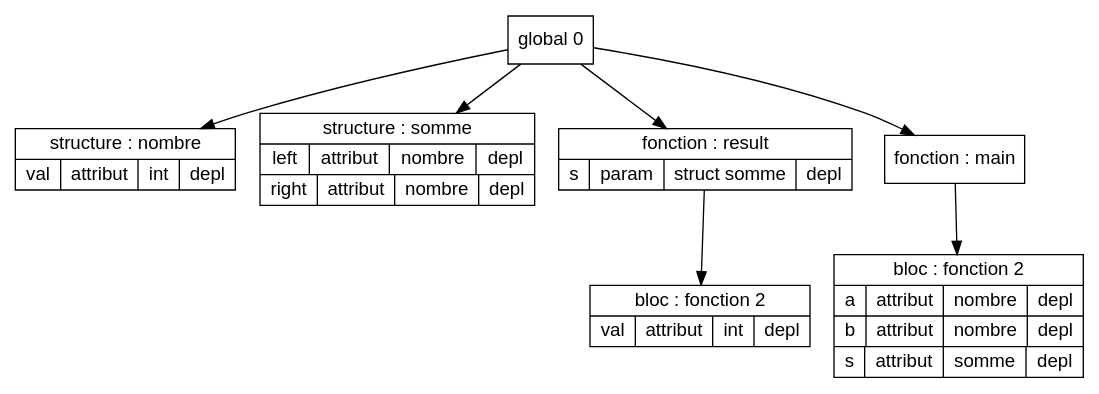
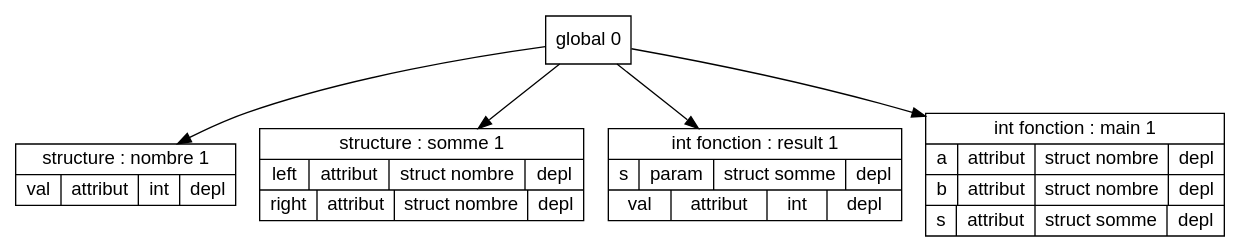
One commit to Hamza-ABDOULHOUSSEN/compil changed the diagram in Code/out/tds/dot/Test_Semantique/codestruct.dot. Above: the diagram before and after it, drawn with Graphviz. The commit also changed 51 other files, not shown here.

```diff
--- a/Code/out/tds/dot/Test_Semantique/codestruct.dot
+++ b/Code/out/tds/dot/Test_Semantique/codestruct.dot
@@ -1,41 +1,33 @@
 digraph "tds"{
 
 	node [fontname="Arial"];
 
-	N1 [shape=record label="{ structure : nombre
+	N1 [shape=record label="{ structure : nombre 1
 	| { val | attribut | int | depl }
 	}"];
 
-	N2 [shape=record label="{ structure : somme
-	| { left | attribut | nombre | depl }
-	| { right | attribut | nombre | depl }
+	N2 [shape=record label="{ structure : somme 1
+	| { left | attribut | struct nombre | depl }
+	| { right | attribut | struct nombre | depl }
 	}"];
 
-	N4 [shape=record label="{ bloc : fonction  2
+	N3 [shape=record label="{ int fonction : result 1
+	| { s | param | struct somme | depl }
 	| { val | attribut | int | depl }
 	}"];
 
-	N3 [shape=record label="{ fonction : result
-	| { s | param | struct somme | depl }
-	}"];
-
-	N6 [shape=record label="{ bloc : fonction  2
-	| { a | attribut | nombre | depl }
-	| { b | attribut | nombre | depl }
-	| { s | attribut | somme | depl }
-	}"];
-
-	N5 [shape=record label="{ fonction : main
+	N4 [shape=record label="{ int fonction : main 1
+	| { a | attribut | struct nombre | depl }
+	| { b | attribut | struct nombre | depl }
+	| { s | attribut | struct somme | depl }
 	}"];
 
 	N0 [shape=record label="{ global 0
 	}"];
 
 
 	N0 -> N1; 
 	N0 -> N2; 
 	N0 -> N3; 
-	N3 -> N4; 
-	N0 -> N5; 
-	N5 -> N6; 
+	N0 -> N4; 
 }
```
